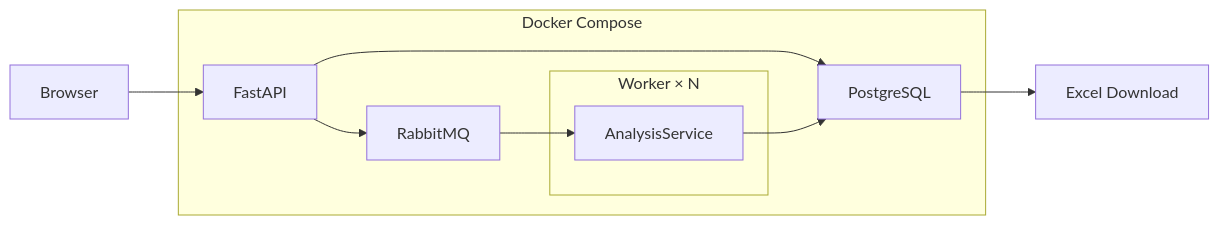
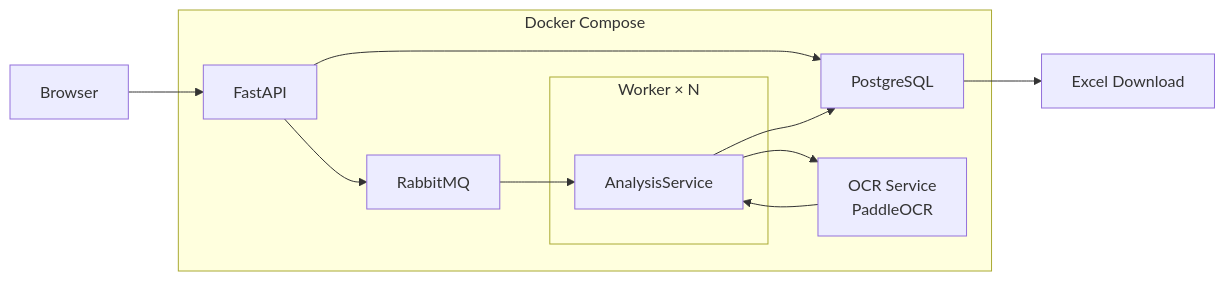
Before and after one commit to TimofeyKhramov/Vitrage_analyzer_MFDP: the diagram in README.md, drawn with Mermaid. The commit also changed other lines of this file and 15 other files, not shown here.

Commit message:
Add ocr-service

````diff
--- a/README.md
+++ b/README.md
@@ -19,30 +29,35 @@
 ```mermaid
 flowchart LR
 
 Browser --> FastAPI
 
 subgraph Docker["Docker Compose"]
 
     FastAPI
 
     RabbitMQ
 
     PostgreSQL
+
+    OCR["OCR Service<br/>PaddleOCR"]
 
     subgraph Worker["Worker × N"]
 
         AnalysisService
 
     end
 
 end
 
 FastAPI --> RabbitMQ
 FastAPI --> PostgreSQL
 
 RabbitMQ --> AnalysisService
 
+AnalysisService --> OCR
+OCR --> AnalysisService
+
 AnalysisService --> PostgreSQL
 
 PostgreSQL --> Excel[Excel Download]
 ```
````
